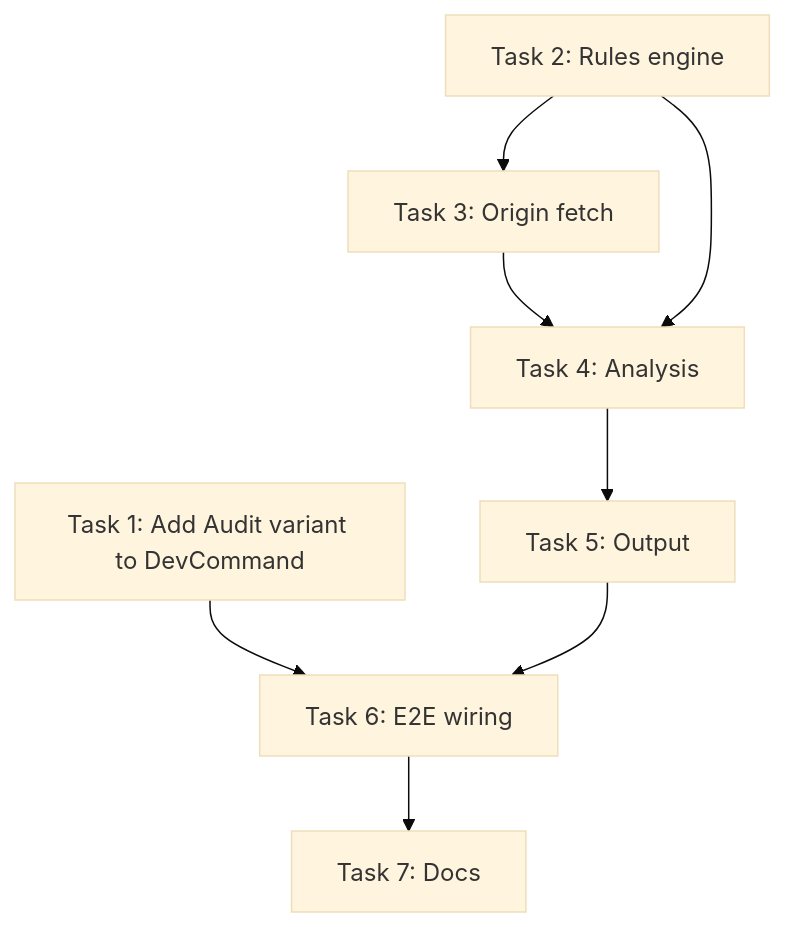
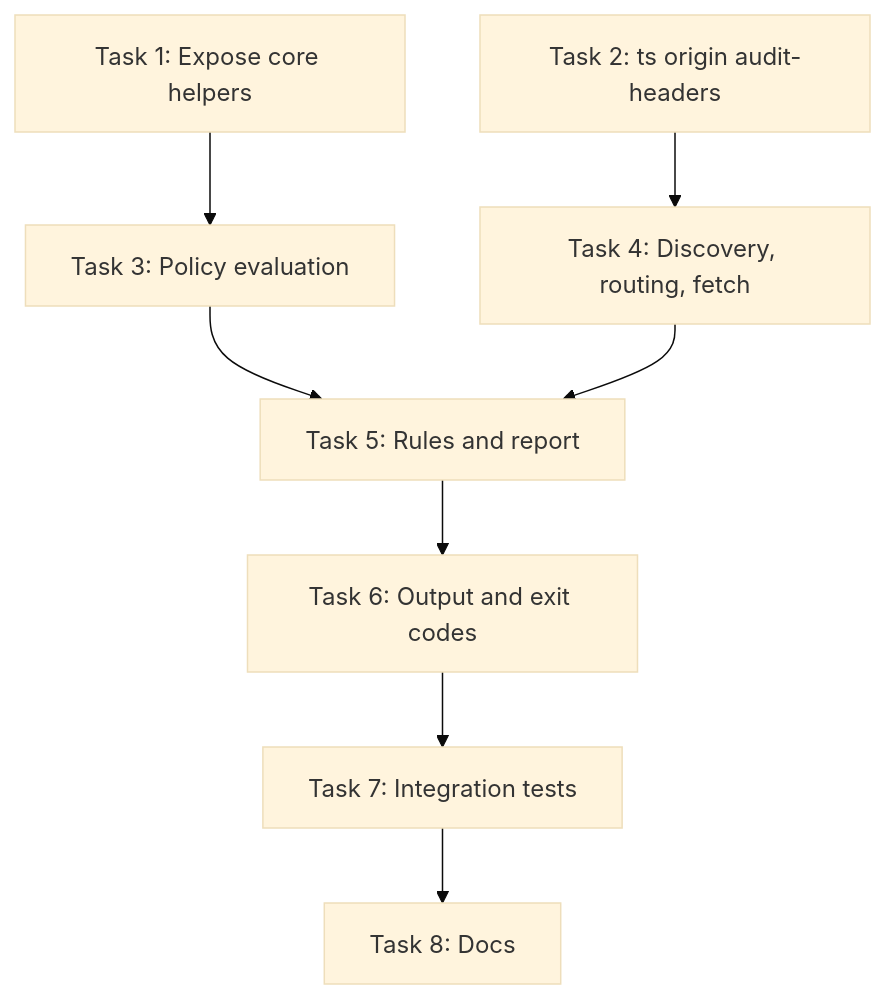
One commit to IABTechLab/trusted-server changed the diagram in docs/superpowers/specs/2026-07-14-cache-header-audit-design.md. Above: the diagram before and after it, drawn with Mermaid (base theme). The commit also changed other lines of this file, not shown here.

First line of the commit message:
Revise cache-header audit spec for ts origin audit-headers

````diff
--- a/docs/superpowers/specs/2026-07-14-cache-header-audit-design.md
+++ b/docs/superpowers/specs/2026-07-14-cache-header-audit-design.md
@@ -438,10 +626,10 @@
 ```mermaid
 flowchart TD
-    T1["Task 1: Add Audit variant to DevCommand"] --> T6["Task 6: E2E wiring"]
-    T2["Task 2: Rules engine"] --> T3["Task 3: Origin fetch"]
-    T3 --> T4["Task 4: Analysis"]
-    T2 --> T4
-    T4 --> T5["Task 5: Output"]
-    T5 --> T6
-    T6 --> T7["Task 7: Docs"]
+    T1["Task 1: Expose core helpers"] --> T3["Task 3: Policy evaluation"]
+    T2["Task 2: ts origin audit-headers"] --> T4["Task 4: Discovery, routing, fetch"]
+    T3 --> T5["Task 5: Rules and report"]
+    T4 --> T5
+    T5 --> T6["Task 6: Output and exit codes"]
+    T6 --> T7["Task 7: Integration tests"]
+    T7 --> T8["Task 8: Docs"]
 ```
````
